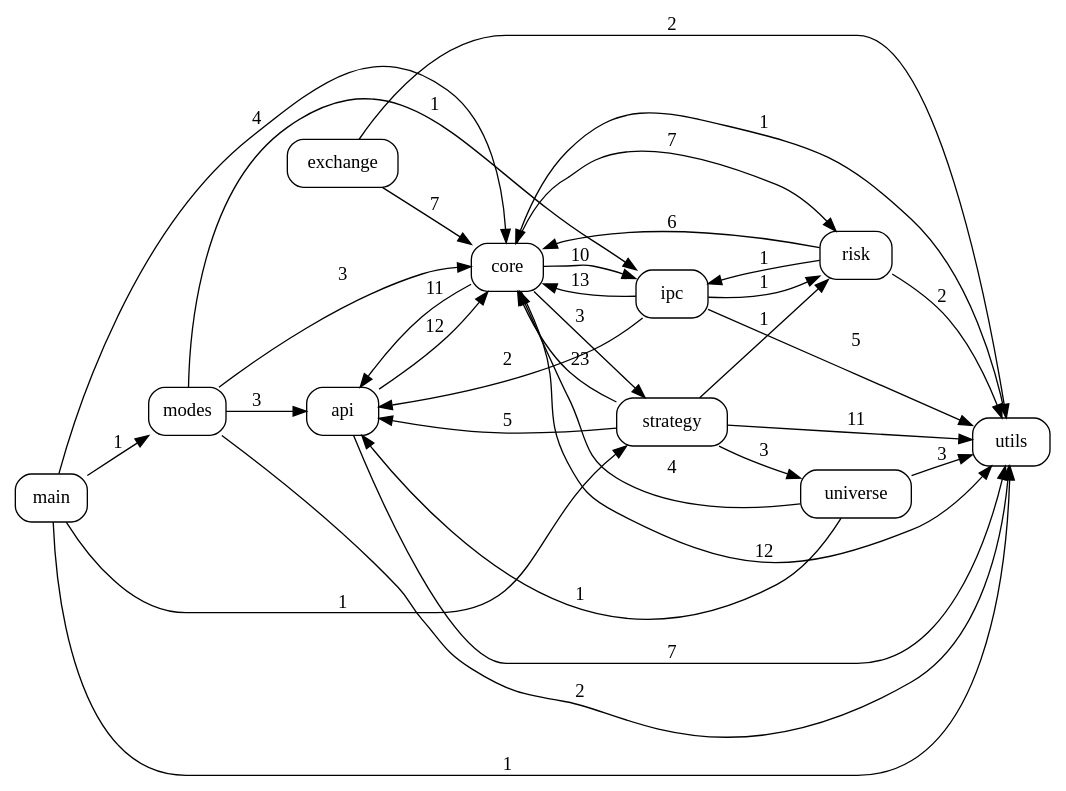
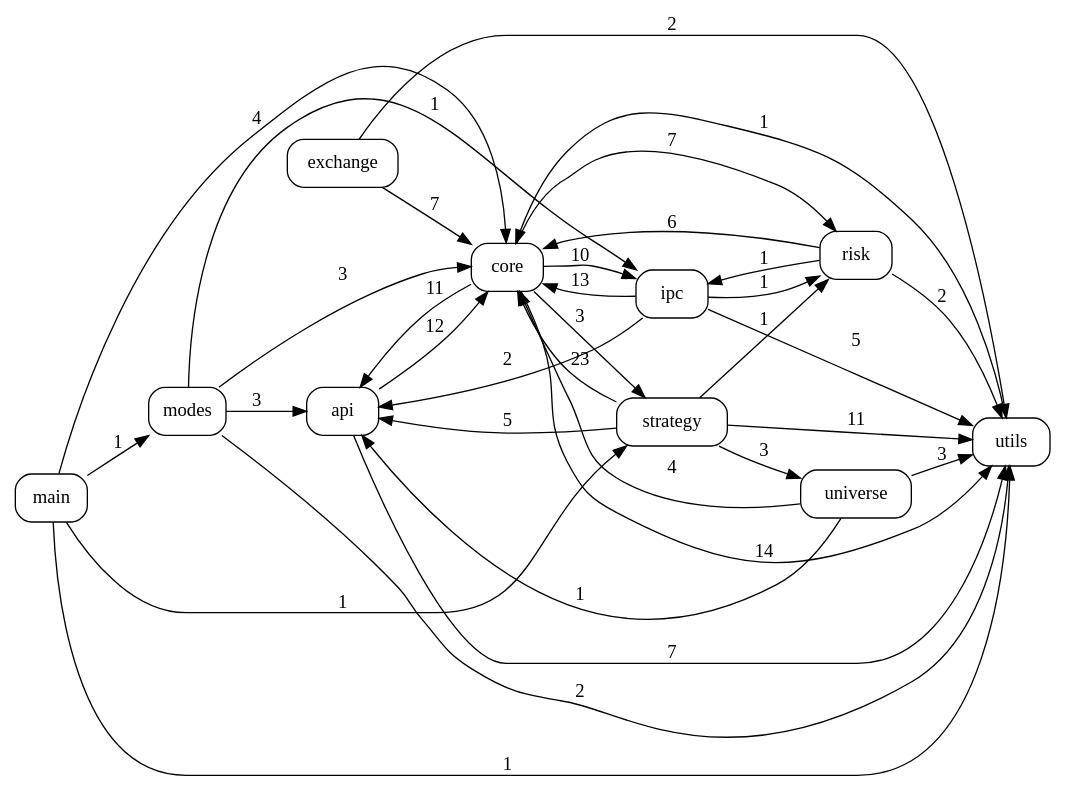
The diagram in docs/code_graph.dot (pypy8171/Quant), drawn with Graphviz before and after one commit. The commit also changed 9 other files, not shown here.

```diff
--- a/docs/code_graph.dot
+++ b/docs/code_graph.dot
@@ -1,47 +1,47 @@
 digraph code_graph {
   rankdir=LR;
   node [shape=box, style=rounded, fontname="Consolas"];
   "api";
   "core";
   "exchange";
   "ipc";
   "main";
   "modes";
   "risk";
   "strategy";
   "universe";
   "utils";
   "api" -> "core" [label="12"];
   "api" -> "utils" [label="7"];
   "core" -> "api" [label="11"];
   "core" -> "ipc" [label="10"];
   "core" -> "risk" [label="7"];
   "core" -> "strategy" [label="3"];
-  "core" -> "utils" [label="12"];
+  "core" -> "utils" [label="14"];
   "exchange" -> "core" [label="7"];
   "exchange" -> "utils" [label="2"];
   "ipc" -> "api" [label="2"];
   "ipc" -> "core" [label="13"];
   "ipc" -> "risk" [label="1"];
   "ipc" -> "utils" [label="5"];
   "main" -> "core" [label="4"];
   "main" -> "modes" [label="1"];
   "main" -> "strategy" [label="1"];
   "main" -> "utils" [label="1"];
   "modes" -> "api" [label="3"];
   "modes" -> "core" [label="3"];
   "modes" -> "ipc" [label="1"];
   "modes" -> "utils" [label="2"];
   "risk" -> "core" [label="6"];
   "risk" -> "ipc" [label="1"];
   "risk" -> "utils" [label="2"];
   "strategy" -> "api" [label="5"];
   "strategy" -> "core" [label="23"];
   "strategy" -> "risk" [label="1"];
   "strategy" -> "universe" [label="3"];
   "strategy" -> "utils" [label="11"];
   "universe" -> "api" [label="1"];
   "universe" -> "core" [label="4"];
   "universe" -> "utils" [label="3"];
   "utils" -> "core" [label="1"];
 }
```
